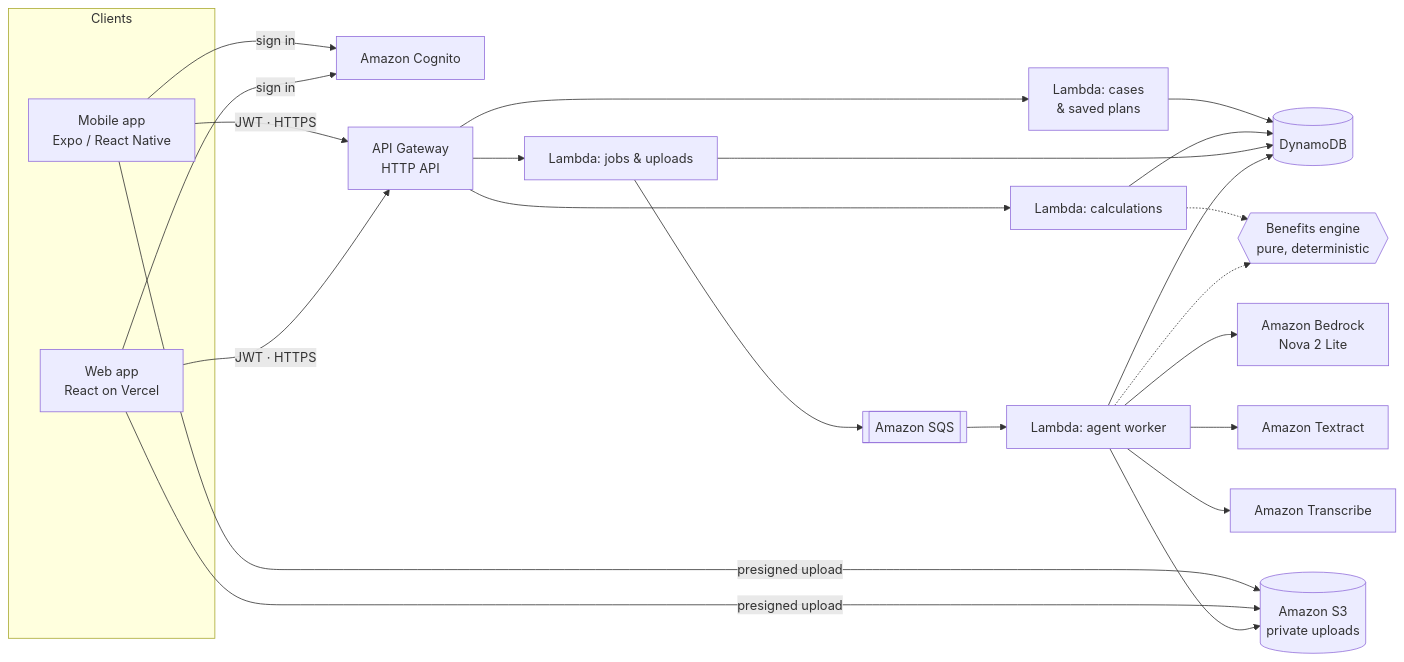
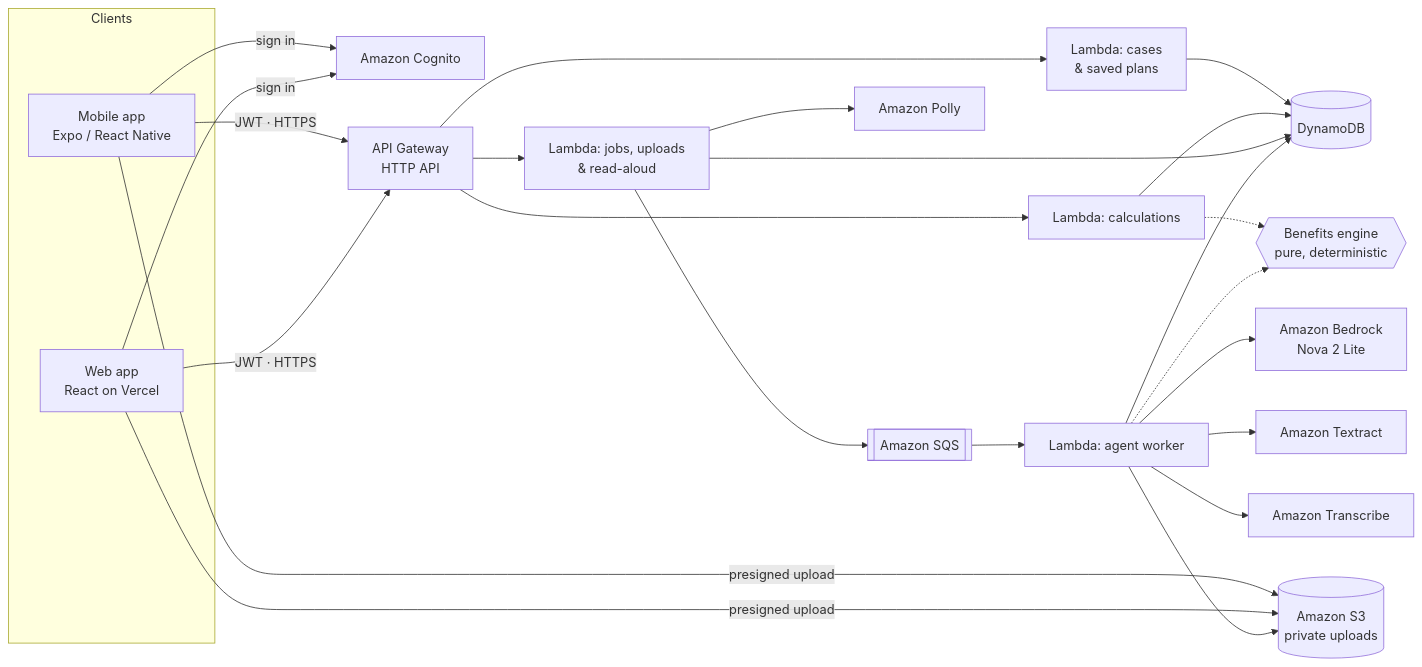
One commit to AkwasiSuapim/action-bridge-dental changed the diagram in README.md. Above: the diagram before and after it, drawn with Mermaid. The commit also changed other lines of this file and 33 other files, not shown here.

````diff
--- a/README.md
+++ b/README.md
@@ -37,23 +37,24 @@
 ```mermaid
 flowchart LR
   subgraph Clients
     M[Mobile app<br/>Expo / React Native]
     W[Web app<br/>React on Vercel]
   end
   M & W -->|sign in| COG[Amazon Cognito]
   M & W -->|JWT · HTTPS| API[API Gateway<br/>HTTP API]
   M & W -->|presigned upload| S3[(Amazon S3<br/>private uploads)]
   API --> L1[Lambda: cases<br/>& saved plans]
   API --> L2[Lambda: calculations]
-  API --> L3[Lambda: jobs & uploads]
+  API --> L3[Lambda: jobs, uploads<br/>& read-aloud]
   L1 & L2 & L3 --> DDB[(DynamoDB)]
   L3 --> SQS[[Amazon SQS]]
   SQS --> WK[Lambda: agent worker]
   WK --> BR[Amazon Bedrock<br/>Nova 2 Lite]
   WK --> TX[Amazon Textract]
   WK --> TR[Amazon Transcribe]
+  L3 --> PL[Amazon Polly]
   WK --> S3
   WK --> DDB
   L2 -.-> ENG{{Benefits engine<br/>pure, deterministic}}
   WK -.-> ENG
 ```
````
